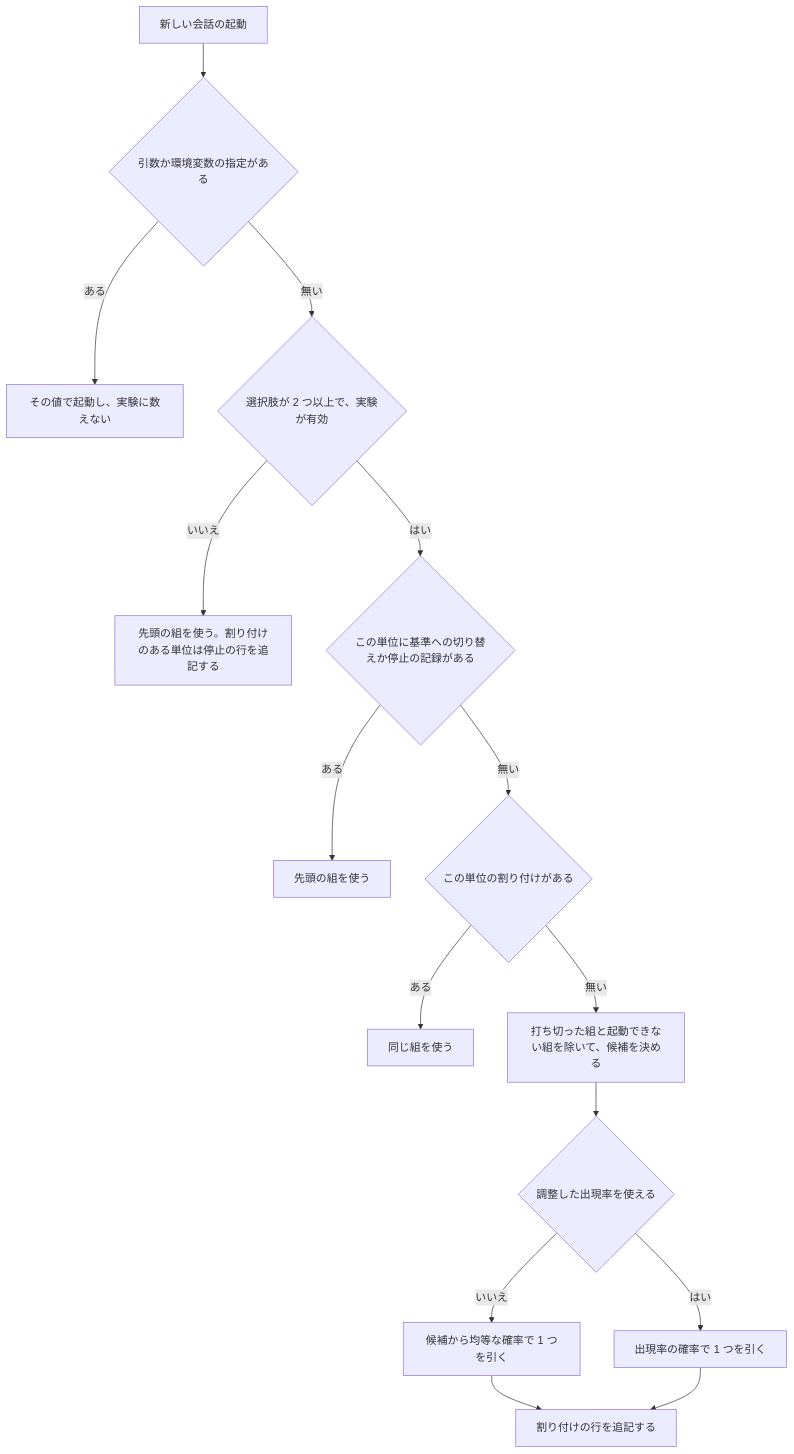
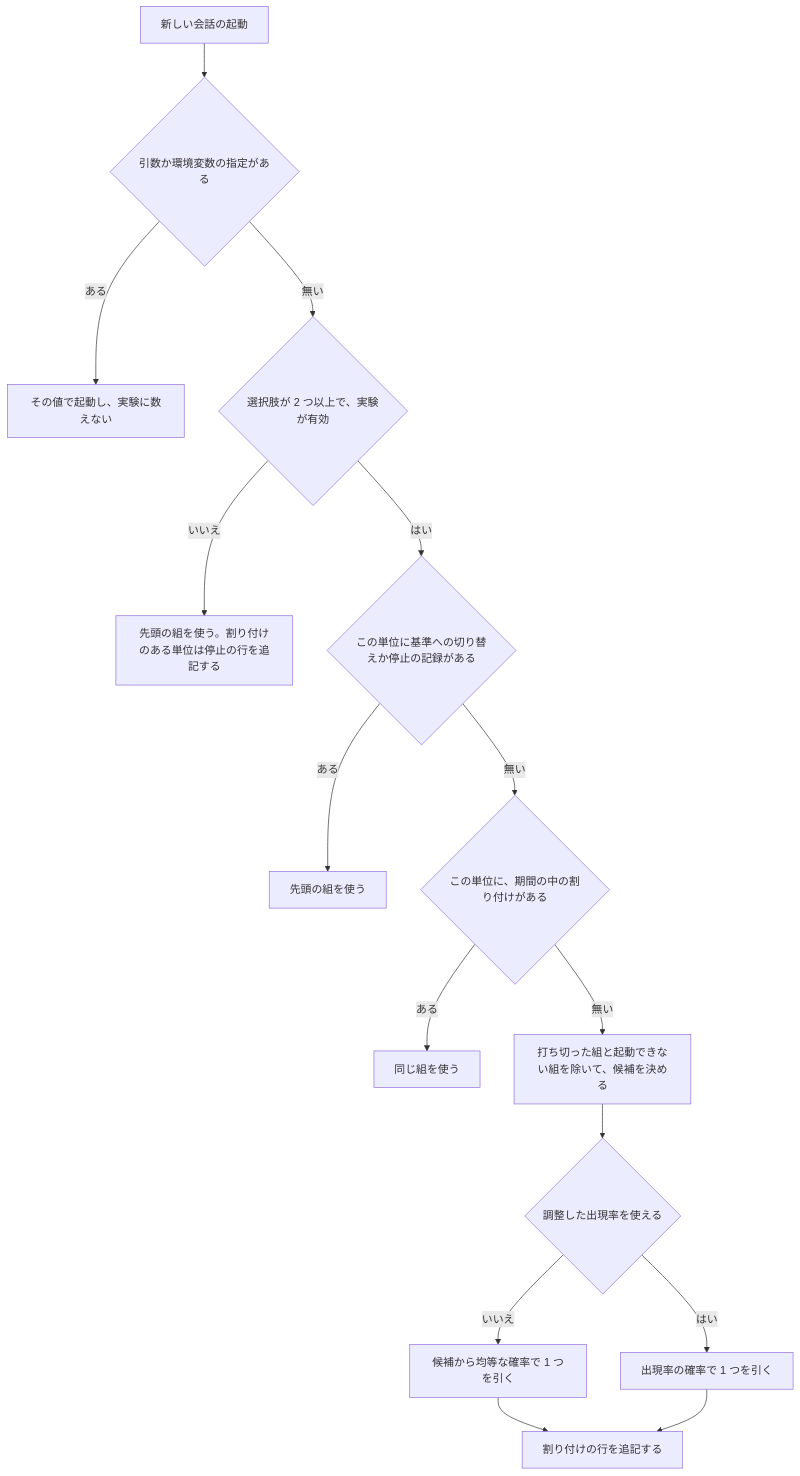
One commit to devbasex/ai-plugins changed the diagram in issues/issue-2944-design-allocation.md. Above: the diagram before and after it, drawn with Mermaid. The commit also changed other lines of this file and 4 other files, not shown here.

````diff
--- a/issues/issue-2944-design-allocation.md
+++ b/issues/issue-2944-design-allocation.md
@@ -93,16 +93,16 @@
 ```mermaid
 graph TD
     A[新しい会話の起動] --> B{引数か環境変数の指定がある}
     B -- ある --> Z[その値で起動し、実験に数えない]
     B -- 無い --> E{選択肢が 2 つ以上で、実験が有効}
     E -- いいえ --> F[先頭の組を使う。割り付けのある単位は停止の行を追記する]
     E -- はい --> W{この単位に基準への切り替えか停止の記録がある}
     W -- ある --> F2[先頭の組を使う]
-    W -- 無い --> C{この単位の割り付けがある}
+    W -- 無い --> C{この単位に、期間の中の割り付けがある}
     C -- ある --> D[同じ組を使う]
     C -- 無い --> K[打ち切った組と起動できない組を除いて、候補を決める]
     K --> G{調整した出現率を使える}
     G -- いいえ --> V[候補から均等な確率で 1 つを引く]
     G -- はい --> I[出現率の確率で 1 つを引く]
     V & I --> J[割り付けの行を追記する]
 ```
````
